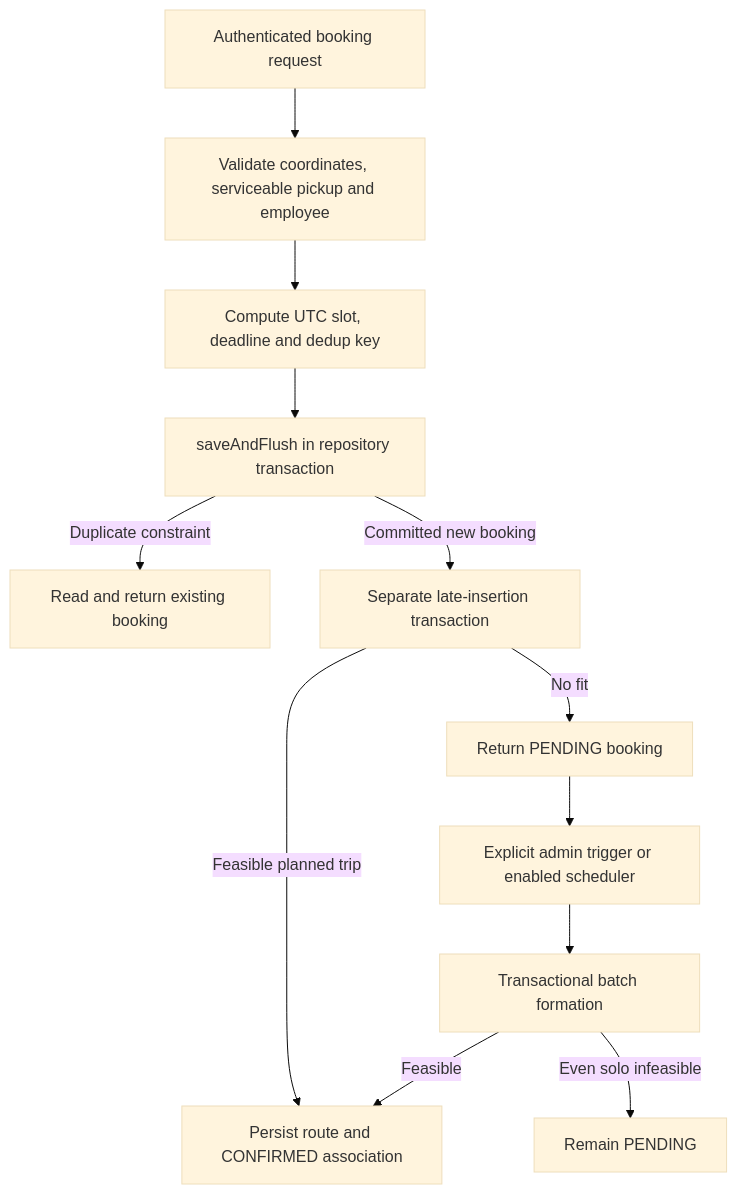
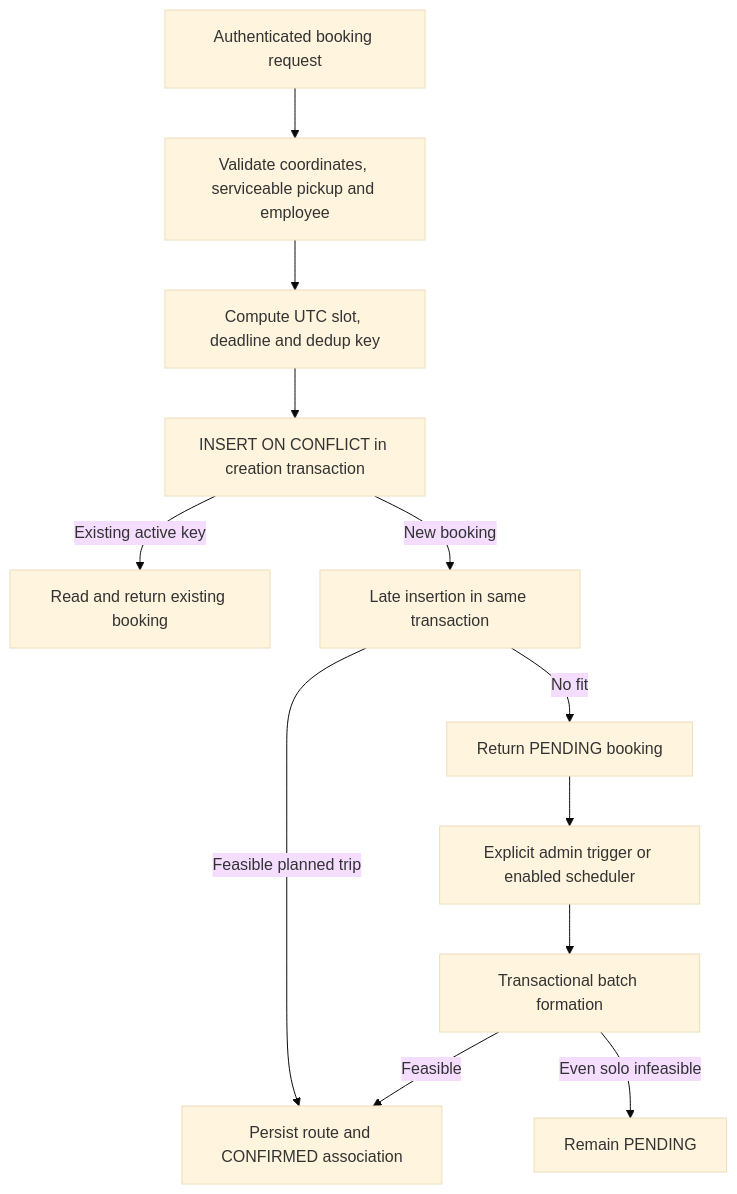
Before and after one commit to aakash-kr-7/sla-aware-ride-batching: the second of 3 diagrams in docs/architecture.md, drawn with Mermaid (base theme). The commit also changed other lines of this file and 9 other files, not shown here.

Commit message:
fix: make booking creation and route mutations atomic

````diff
--- a/docs/architecture.md
+++ b/docs/architecture.md
@@ -41,14 +41,14 @@
 ```mermaid
 flowchart TD
     Request[Authenticated booking request] --> Validate[Validate coordinates, serviceable pickup and employee]
     Validate --> Key[Compute UTC slot, deadline and dedup key]
-    Key --> Save[saveAndFlush in repository transaction]
-    Save -->|Duplicate constraint| Existing[Read and return existing booking]
-    Save -->|Committed new booking| Late[Separate late-insertion transaction]
+    Key --> Save[INSERT ON CONFLICT in creation transaction]
+    Save -->|Existing active key| Existing[Read and return existing booking]
+    Save -->|New booking| Late[Late insertion in same transaction]
     Late -->|Feasible planned trip| Confirm[Persist route and CONFIRMED association]
     Late -->|No fit| Pending[Return PENDING booking]
     Pending --> Trigger[Explicit admin trigger or enabled scheduler]
     Trigger --> Plan[Transactional batch formation]
     Plan -->|Feasible| Confirm
     Plan -->|Even solo infeasible| Remain[Remain PENDING]
 ```
````
